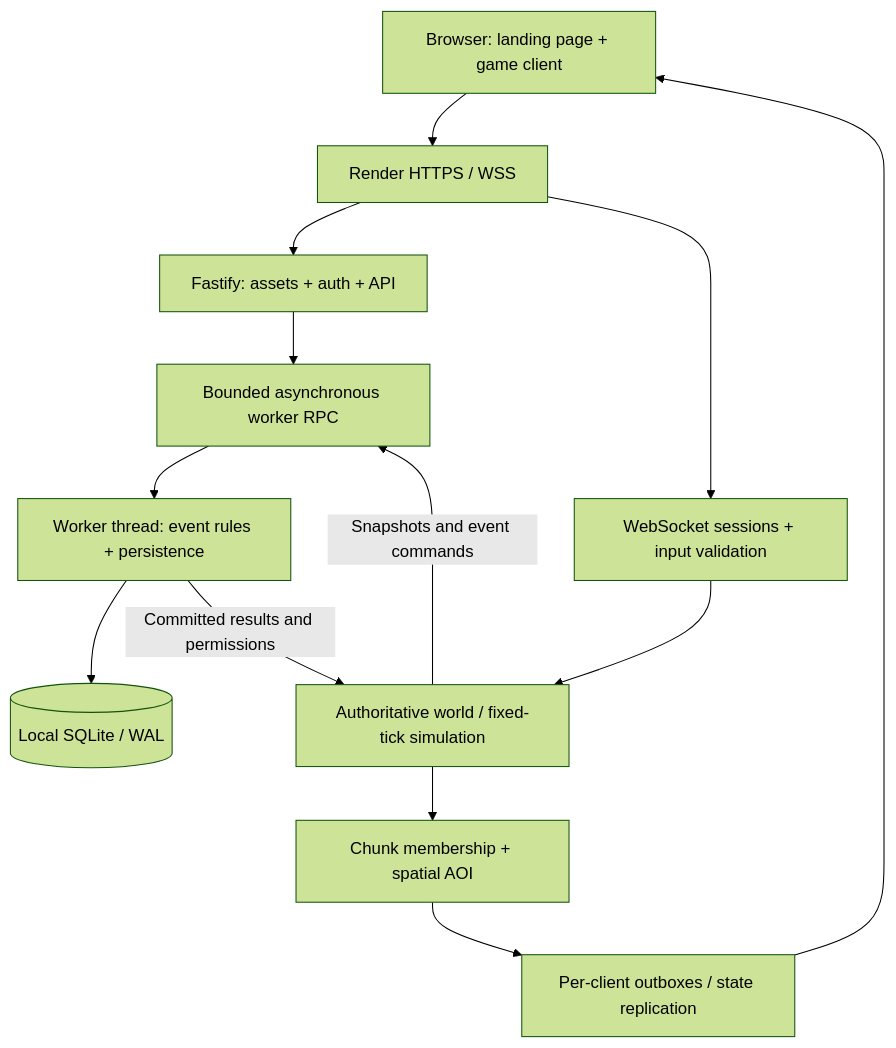
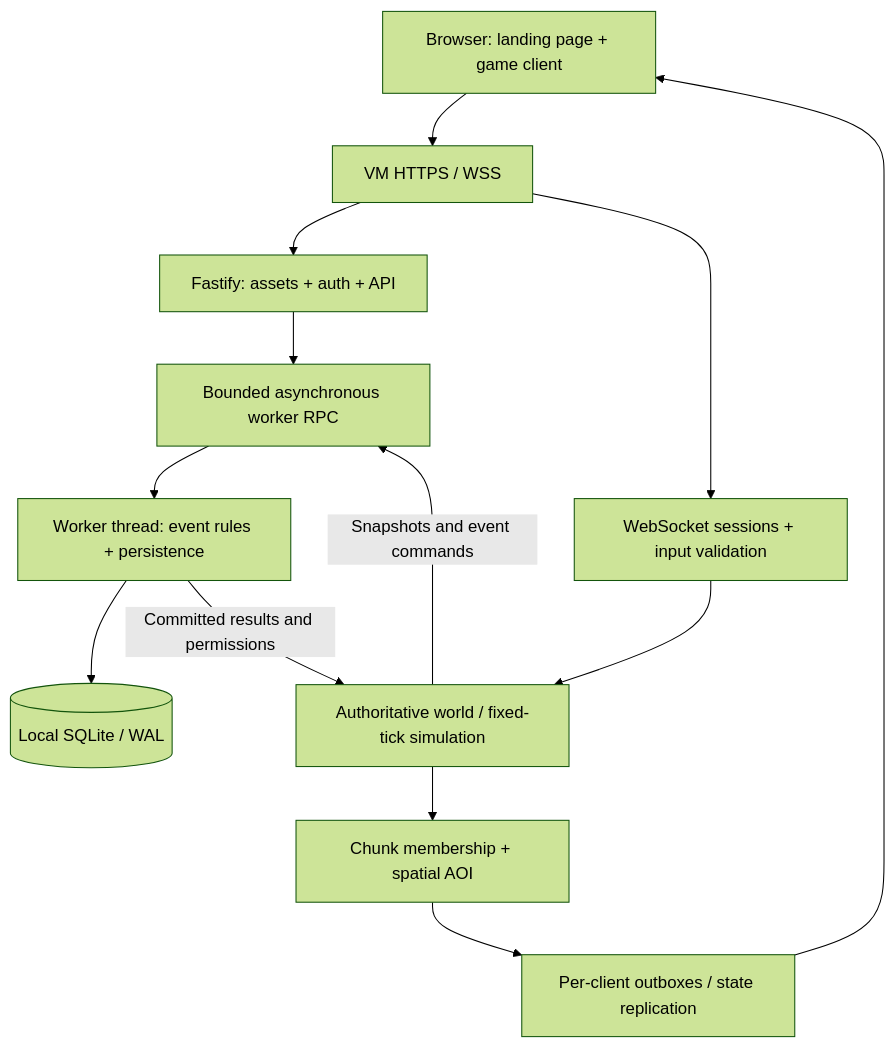
The first of 2 diagrams in README.md (02Aditya2323/The-Heist), drawn with Mermaid (forest theme) before and after one commit. The commit also changed other lines of this file, not shown here.

````diff
--- a/README.md
+++ b/README.md
@@ -40,22 +40,22 @@
 ```mermaid
 flowchart TB
     Browser[Browser: landing page + game client]
-    Edge[Render HTTPS / WSS]
+    Edge[VM HTTPS / WSS]
     HTTP[Fastify: assets + auth + API]
     WS[WebSocket sessions + input validation]
     World[Authoritative world / fixed-tick simulation]
     AOI[Chunk membership + spatial AOI]
     Out[Per-client outboxes / state replication]
     RPC[Bounded asynchronous worker RPC]
     Worker[Worker thread: event rules + persistence]
     DB[(Local SQLite / WAL)]
     Browser --> Edge
     Edge --> HTTP
     Edge --> WS
     WS --> World
     World --> AOI --> Out --> Browser
     HTTP --> RPC
     World -->|Snapshots and event commands| RPC
     RPC --> Worker --> DB
     Worker -->|Committed results and permissions| World
 ```
````
